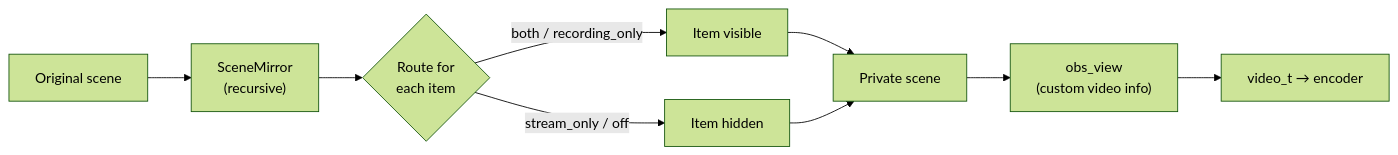
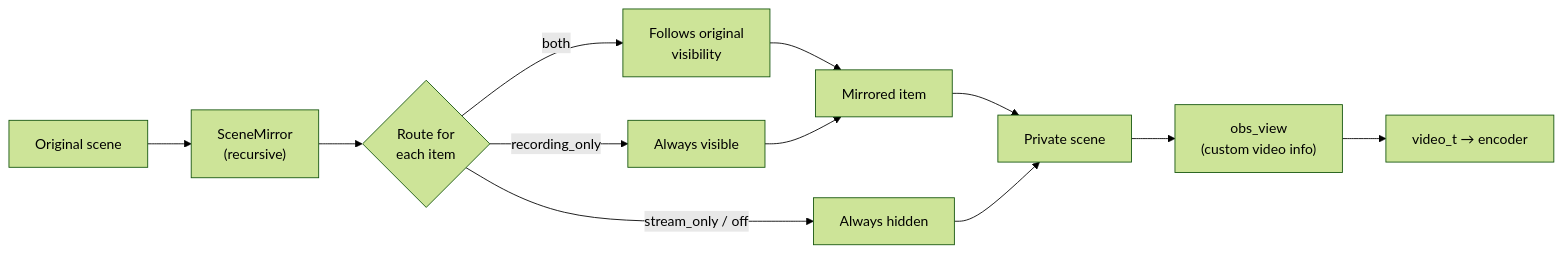
One commit to Aragami-Korosu/obs-selective-recording changed the third of 5 diagrams in docs/ARCHITECTURE.md. Above: the diagram before and after it, drawn with Mermaid (forest theme). The commit also changed other lines of this file and 8 other files, not shown here.

````diff
--- a/docs/ARCHITECTURE.md
+++ b/docs/ARCHITECTURE.md
@@ -96,10 +112,12 @@
 ```mermaid
 flowchart LR
     A["Original scene"] --> B["SceneMirror<br/>(recursive)"]
     B --> C{"Route for<br/>each item"}
-    C -->|both / recording_only| D["Item visible"]
-    C -->|stream_only / off| E["Item hidden"]
+    C -->|both| D1["Follows original<br/>visibility"]
+    C -->|recording_only| D2["Always visible"]
+    C -->|stream_only / off| E["Always hidden"]
+    D1 & D2 --> D["Mirrored item"]
     D & E --> F["Private scene"]
     F --> G["obs_view<br/>(custom video info)"]
     G --> H["video_t → encoder"]
 ```
````
